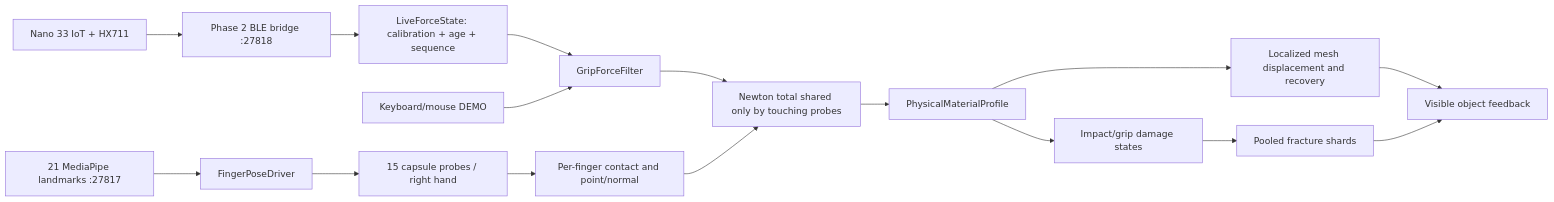
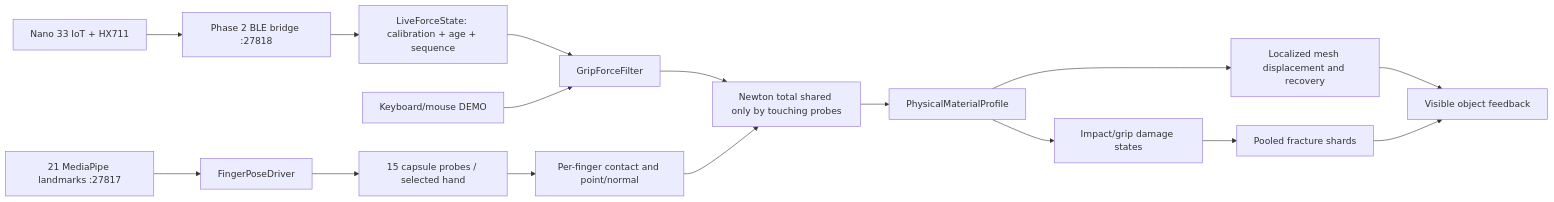
One commit to Amrofekry/Hand-Rehabilation changed the diagram in Docs/CORE_INTERACTION_AR.md. Above: the diagram before and after it, drawn with Mermaid. The commit also changed 628 other files, not shown here.

````diff
--- a/Docs/CORE_INTERACTION_AR.md
+++ b/Docs/CORE_INTERACTION_AR.md
@@ -5,18 +5,18 @@
 ```mermaid
 flowchart LR
   A[21 MediaPipe landmarks :27817] --> B[FingerPoseDriver]
-  B --> C[15 capsule probes / right hand]
+  B --> C[15 capsule probes / selected hand]
   D[Nano 33 IoT + HX711] --> E[Phase 2 BLE bridge :27818]
   E --> F[LiveForceState: calibration + age + sequence]
   F --> G[GripForceFilter]
   H[Keyboard/mouse DEMO] --> G
   C --> I[Per-finger contact and point/normal]
   G --> J[Newton total shared only by touching probes]
   I --> J
   J --> K[PhysicalMaterialProfile]
   K --> L[Localized mesh displacement and recovery]
   K --> M[Impact/grip damage states]
   M --> N[Pooled fracture shards]
   L --> O[Visible object feedback]
   N --> O
 ```
````
